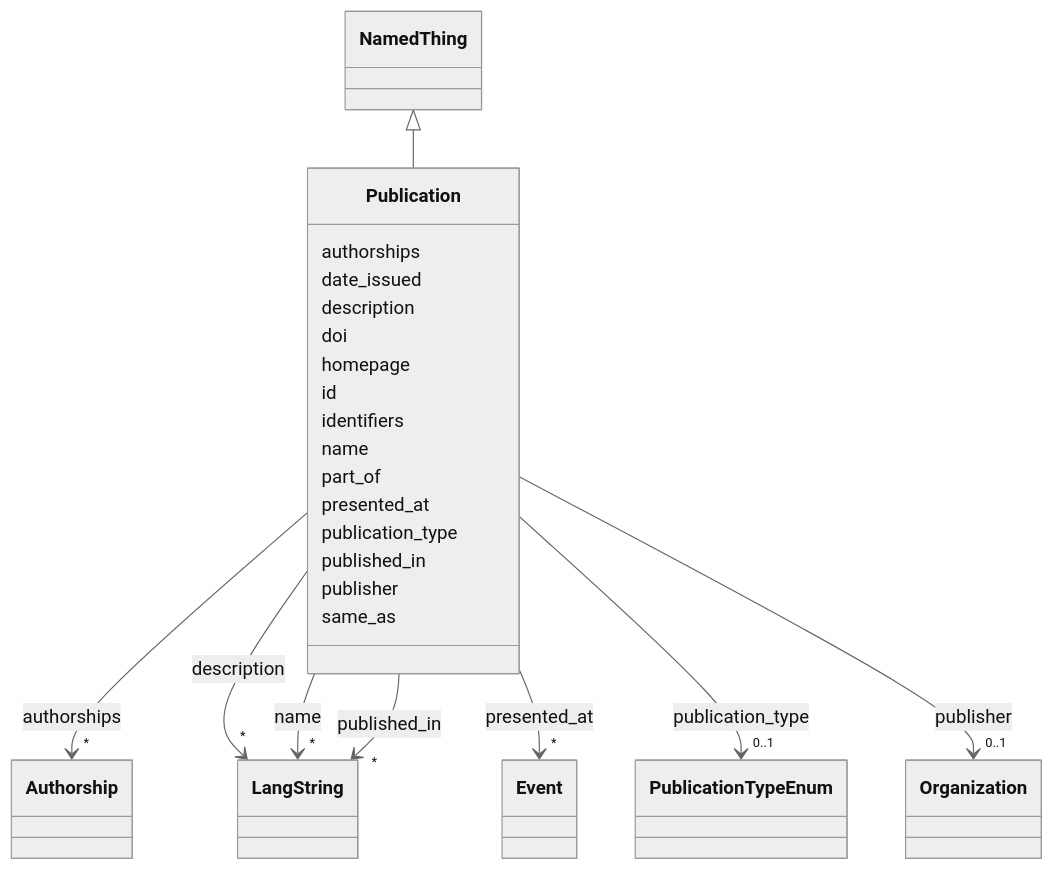
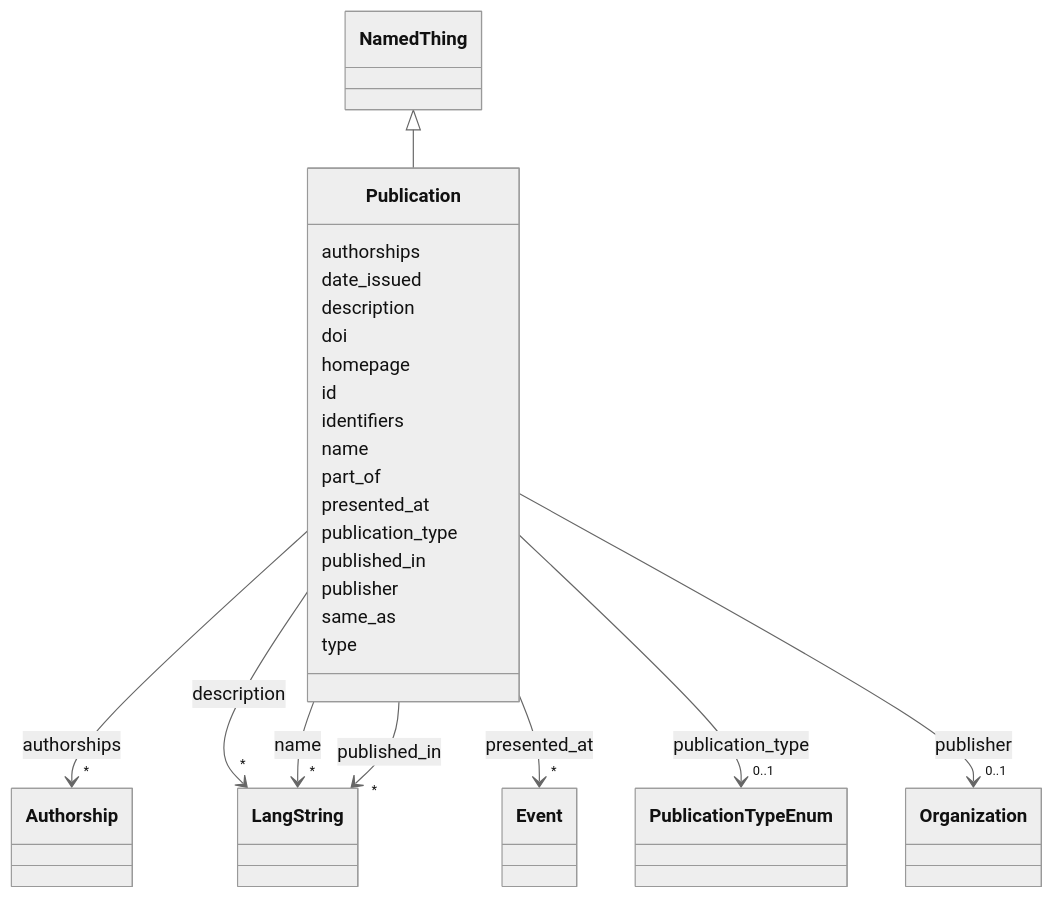
The diagram in docs/classes/Publication.md (DARIAH-IL/idhi-manifests), drawn with Mermaid (neutral theme) before and after one commit. The commit also changed other lines of this file and 26 other files, not shown here.

````diff
--- a/docs/classes/Publication.md
+++ b/docs/classes/Publication.md
@@ -118,5 +118,7 @@
         
       Publication : same_as
         
+      Publication : type
+        
       
 ```
````
